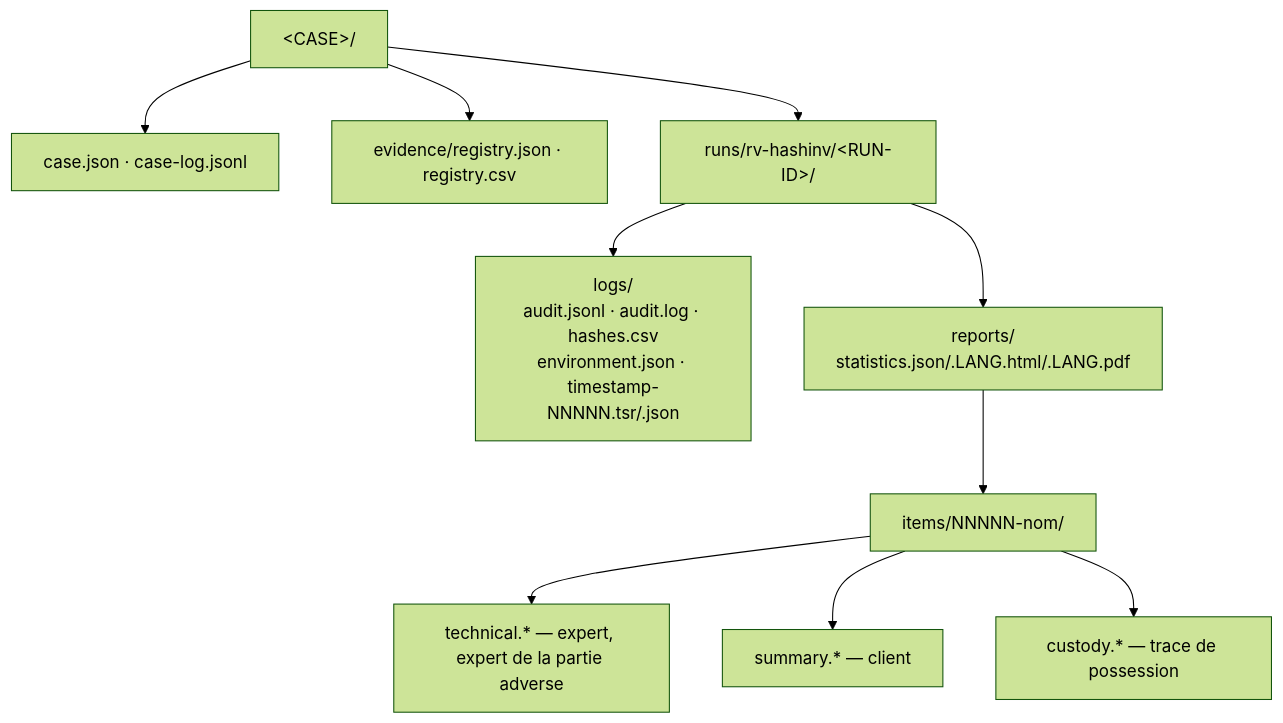
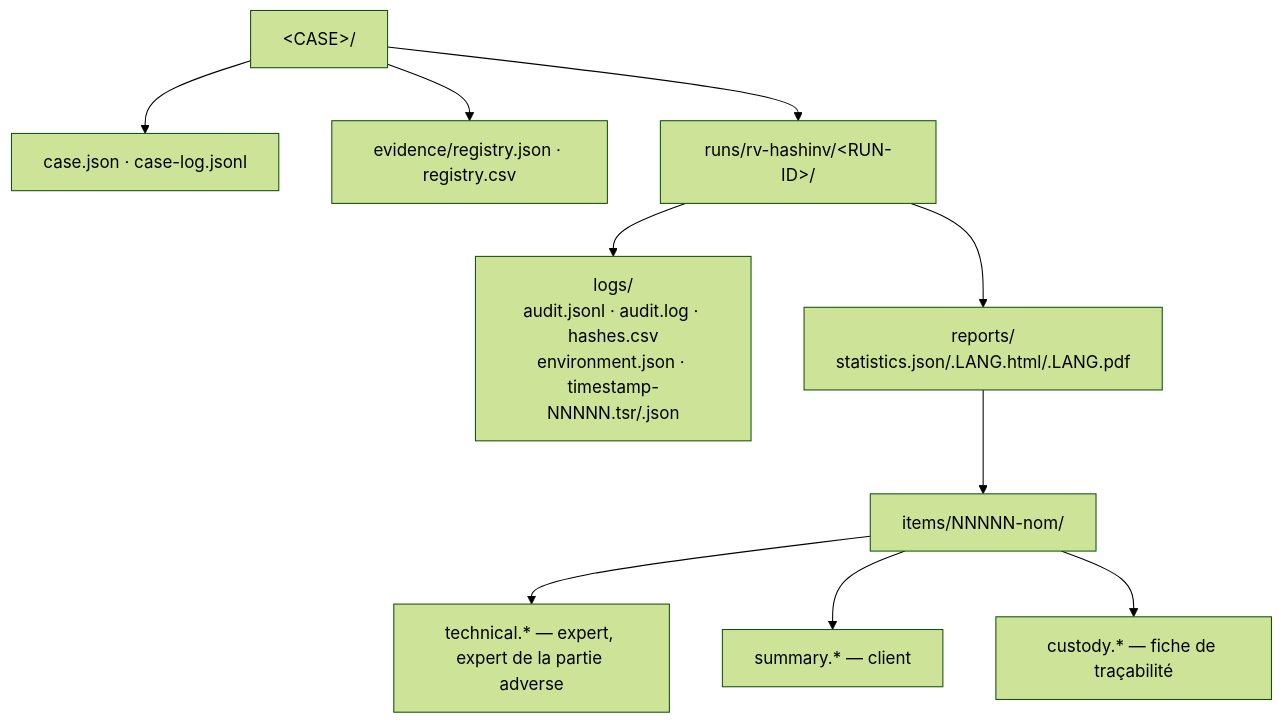
Before and after one commit to Panacota96/rakvor-tool-forge: the second of 2 diagrams in assets/template/rust/docs/usage.fr.md, drawn with Mermaid (forest theme). The commit also changed other lines of this file and 17 other files, not shown here.

````diff
--- a/assets/template/rust/docs/usage.fr.md
+++ b/assets/template/rust/docs/usage.fr.md
@@ -184,12 +184,12 @@
 ```mermaid
 flowchart TB
     CASE["&lt;CASE&gt;/"] --> CJ["case.json · case-log.jsonl"]
     CASE --> EV["evidence/registry.json · registry.csv"]
     CASE --> RUN["runs/rv-hashinv/&lt;RUN-ID&gt;/"]
     RUN --> L["logs/<br/>audit.jsonl · audit.log · hashes.csv<br/>environment.json · timestamp-NNNNN.tsr/.json"]
     RUN --> R["reports/<br/>statistics.json/.LANG.html/.LANG.pdf"]
     R --> I["items/NNNNN-nom/"]
     I --> T["technical.* — expert, expert de la partie adverse"]
     I --> S["summary.* — client"]
-    I --> K["custody.* — trace de possession"]
+    I --> K["custody.* — fiche de traçabilité"]
 ```
````
